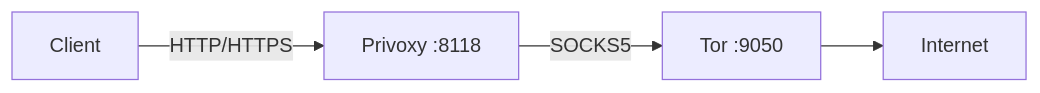
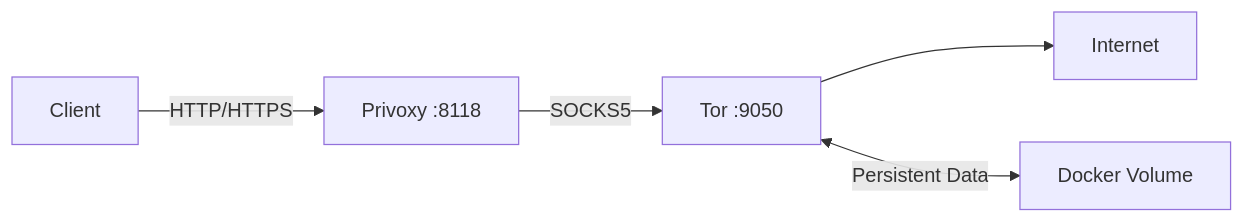
One commit to perennialtech/docker-tor-privoxy-alpine changed the diagram in README.md. Above: the diagram before and after it, drawn with Mermaid. The commit also changed other lines of this file and 6 other files, not shown here.

````diff
--- a/README.md
+++ b/README.md
@@ -9,6 +9,7 @@
 ```mermaid
 graph LR
     Client[Client] -->|HTTP/HTTPS| Privoxy[Privoxy :8118]
     Privoxy -->|SOCKS5| Tor[Tor :9050]
     Tor --> Internet[Internet]
+    Tor <-->|Persistent Data| Volume[Docker Volume]
 ```
````
